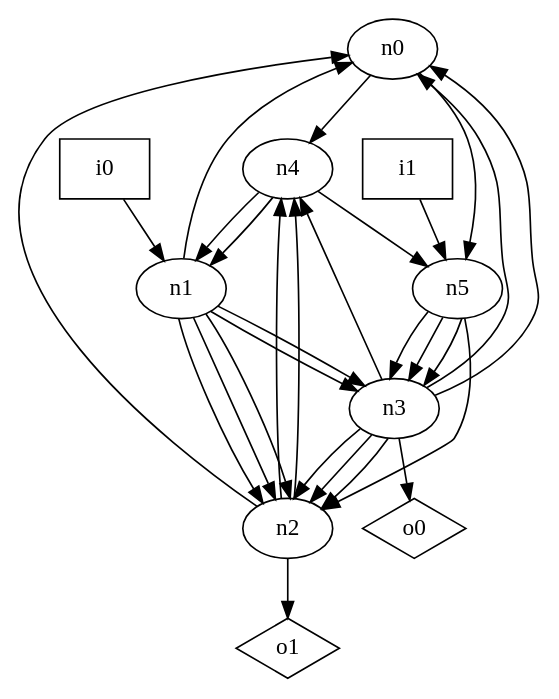
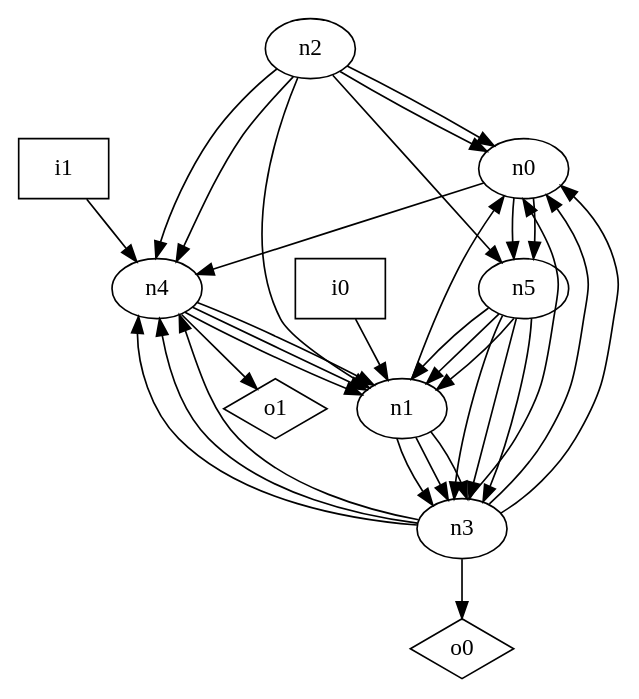
The diagram in dot_files/random/random_oriented_loop_free_graph.dot (p9romain/bool-circuits), drawn with Graphviz before and after one commit. The commit also changed 33 other files, not shown here.

```diff
--- a/dot_files/random/random_oriented_loop_free_graph.dot
+++ b/dot_files/random/random_oriented_loop_free_graph.dot
@@ -1,40 +1,44 @@
 digraph G {
 n0 [label="n0"];
 n1 [label="n1"];
 n2 [label="n2"];
 n3 [label="n3"];
 n4 [label="n4"];
 n5 [label="n5"];
 n6 [label="i0",shape="box"];
 n7 [label="i1",shape="box"];
 n8 [label="o0",shape="diamond"];
 n9 [label="o1",shape="diamond"];
 n0 -> n4
 n0 -> n5
+n0 -> n5
 n1 -> n0
-n1 -> n2
-n1 -> n2
-n1 -> n2
+n1 -> n3
 n1 -> n3
 n1 -> n3
 n2 -> n0
+n2 -> n0
+n2 -> n1
 n2 -> n4
 n2 -> n4
-n2 -> n9
+n2 -> n5
 n3 -> n0
 n3 -> n0
-n3 -> n2
-n3 -> n2
-n3 -> n2
+n3 -> n0
+n3 -> n4
+n3 -> n4
 n3 -> n4
 n3 -> n8
 n4 -> n1
 n4 -> n1
-n4 -> n5
-n5 -> n2
+n4 -> n1
+n4 -> n9
+n5 -> n1
+n5 -> n1
+n5 -> n1
 n5 -> n3
 n5 -> n3
 n5 -> n3
 n6 -> n1
-n7 -> n5
+n7 -> n4
 }
```
